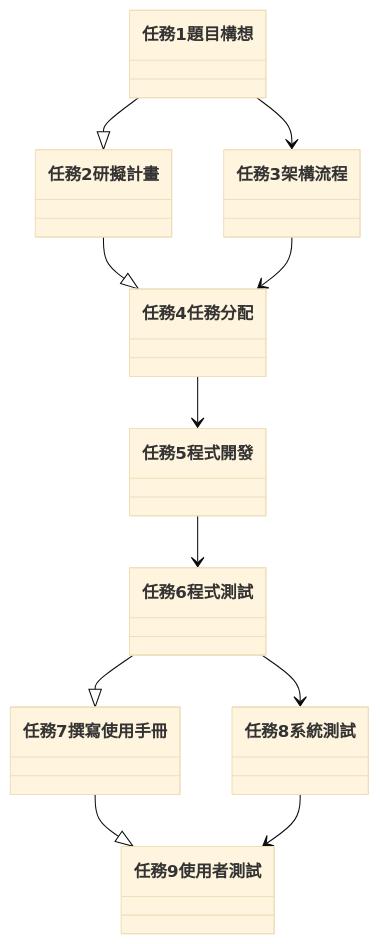
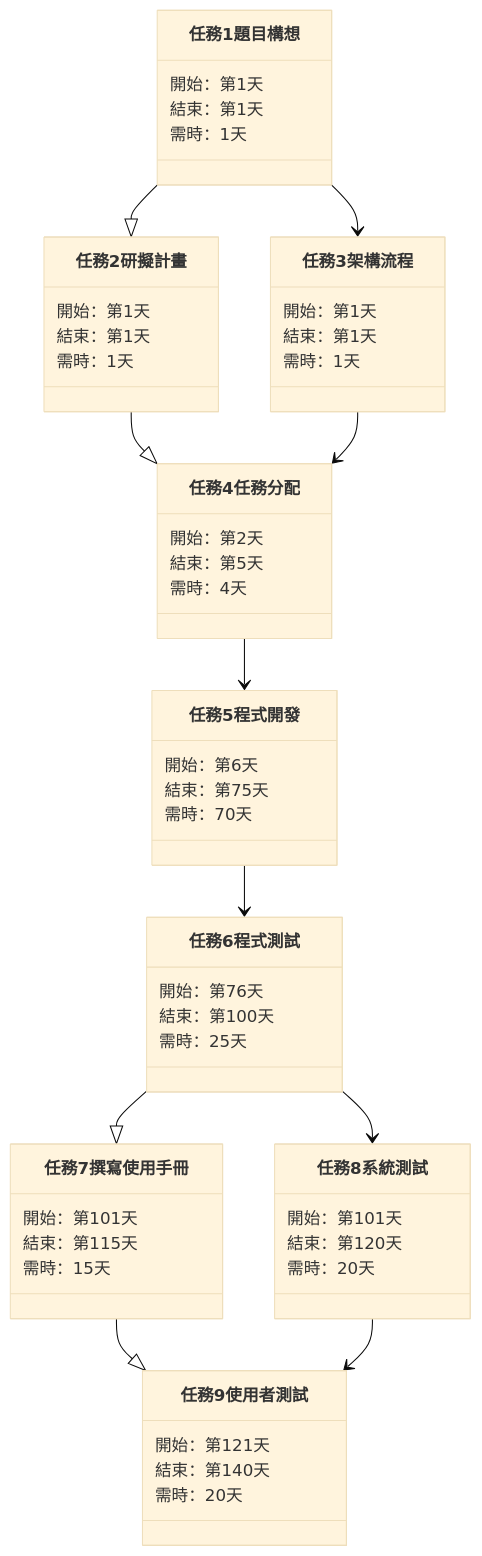
Before and after one commit to Forever-Hate/no15: the diagram in README.md, drawn with Mermaid (base theme).

````diff
--- a/README.md
+++ b/README.md
@@ -31,16 +31,50 @@
 ```mermaid
 classDiagram
 
 任務1 題目構想 --|> 任務2 研擬計畫
 任務1 題目構想 --> 任務3 架構流程
 任務2 研擬計畫 --|> 任務4 任務分配
 任務3 架構流程 --> 任務4 任務分配
 任務4 任務分配 --> 任務5 程式開發
 任務5 程式開發 --> 任務6 程式測試
 任務6 程式測試 --> 任務8 系統測試
 任務6 程式測試 --|> 任務7 撰寫使用手冊
 任務7 撰寫使用手冊 --|> 任務9 使用者測試
 任務8 系統測試 --> 任務9 使用者測試
 
+任務1 題目構想 : 開始：第1天
+任務1 題目構想 : 結束：第1天
+任務1 題目構想 : 需時：1天
 
+任務2 研擬計畫 : 開始：第1天
+任務2 研擬計畫 : 結束：第1天
+任務2 研擬計畫 : 需時：1天
+
+任務3 架構流程 : 開始：第1天
+任務3 架構流程 : 結束：第1天
+任務3 架構流程 : 需時：1天
+
+任務4 任務分配 : 開始：第2天
+任務4 任務分配 : 結束：第5天
+任務4 任務分配 : 需時：4天
+
+任務5 程式開發 : 開始：第6天
+任務5 程式開發 : 結束：第75天
+任務5 程式開發 : 需時：70天
+
+任務6 程式測試 : 開始：第76天
+任務6 程式測試 : 結束：第100天
+任務6 程式測試 : 需時：25天
+
+任務7 撰寫使用手冊 : 開始：第101天
+任務7 撰寫使用手冊 : 結束：第115天
+任務7 撰寫使用手冊 : 需時：15天
+
+任務8 系統測試 : 開始：第101天
+任務8 系統測試 : 結束：第120天
+任務8 系統測試 : 需時：20天
+
+任務9 使用者測試 : 開始：第121天
+任務9 使用者測試 : 結束：第140天
+任務9 使用者測試 : 需時：20天
 ```
````
